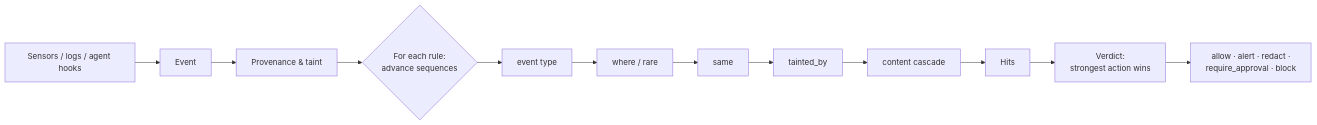
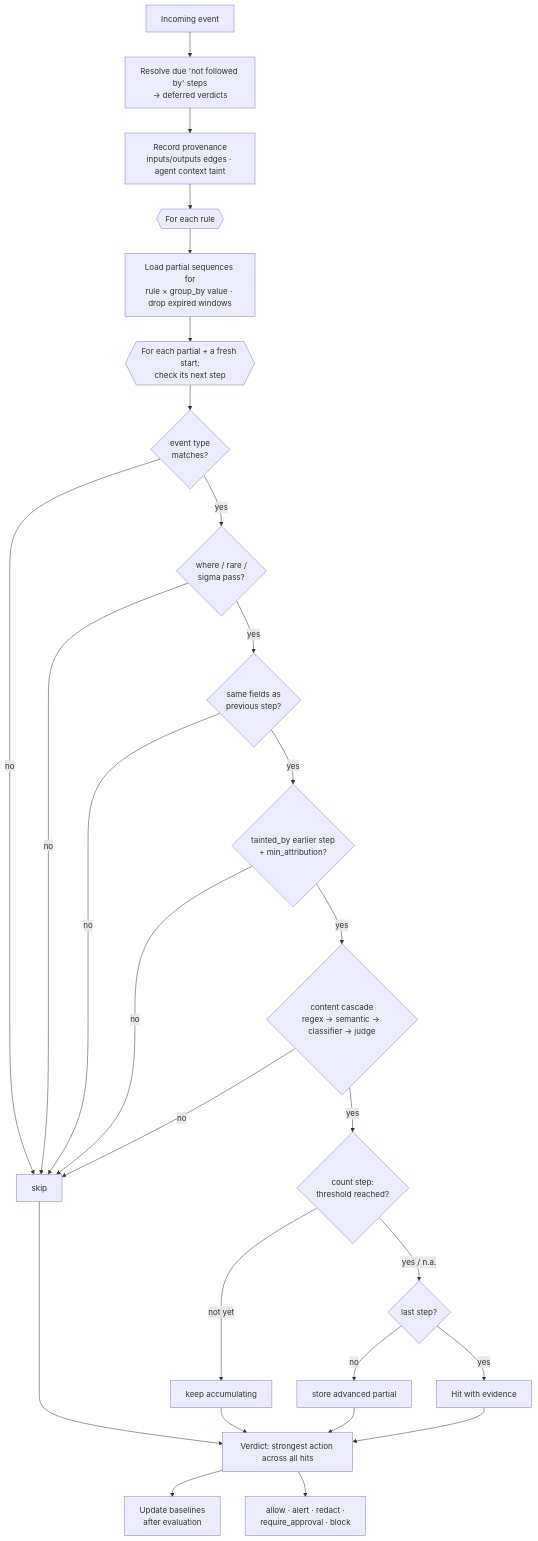
The second of 3 diagrams in README.md (Wo0dy/chains), drawn with Mermaid before and after one commit. The commit also changed other lines of this file, not shown here.

First line of the commit message:
Add architecture and how-it-works diagrams to README

````diff
--- a/README.md
+++ b/README.md
@@ -47,10 +95,29 @@
 ```mermaid
-flowchart LR
-    S[Sensors / logs / agent hooks] --> E[Event]
-    E --> P[Provenance & taint]
-    P --> R{For each rule:<br/>advance sequences}
-    R --> C1[event type] --> C2[where / rare] --> C3[same] --> C4[tainted_by] --> C5[content cascade]
-    C5 --> H[Hits]
-    H --> V[Verdict:<br/>strongest action wins]
-    V --> A[allow · alert · redact ·<br/>require_approval · block]
+flowchart TD
+    E["Incoming event"] --> D["Resolve due 'not followed by' steps<br/>→ deferred verdicts"]
+    D --> P["Record provenance<br/>inputs/outputs edges · agent context taint"]
+    P --> L{{"For each rule"}}
+    L --> G["Load partial sequences for<br/>rule × group_by value · drop expired windows"]
+    G --> S{{"For each partial + a fresh start:<br/>check its next step"}}
+    S --> C1{"event type<br/>matches?"}
+    C1 -- no --> X["skip"]
+    C1 -- yes --> C2{"where / rare /<br/>sigma pass?"}
+    C2 -- no --> X
+    C2 -- yes --> C3{"same fields as<br/>previous step?"}
+    C3 -- no --> X
+    C3 -- yes --> C4{"tainted_by earlier step<br/>+ min_attribution?"}
+    C4 -- no --> X
+    C4 -- yes --> C5{"content cascade<br/>regex → semantic → classifier → judge"}
+    C5 -- no --> X
+    C5 -- yes --> CNT{"count step:<br/>threshold reached?"}
+    CNT -- not yet --> ACC["keep accumulating"]
+    CNT -- "yes / n.a." --> ADV{"last step?"}
+    ADV -- no --> KEEP["store advanced partial"]
+    ADV -- yes --> HIT["Hit with evidence"]
+    HIT --> V["Verdict: strongest action across all hits"]
+    X --> V
+    KEEP --> V
+    ACC --> V
+    V --> B["Update baselines<br/>after evaluation"]
+    V --> A["allow · alert · redact ·<br/>require_approval · block"]
 ```
````
